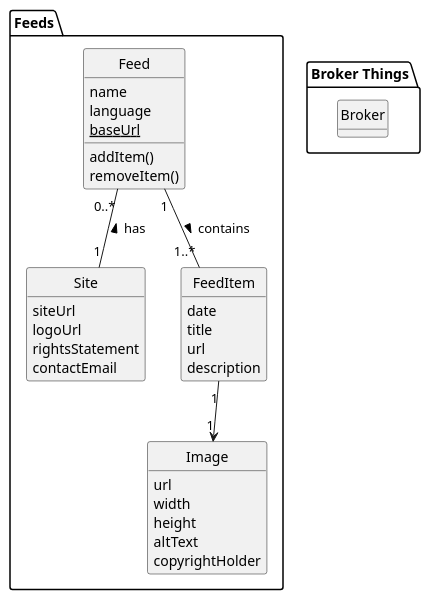
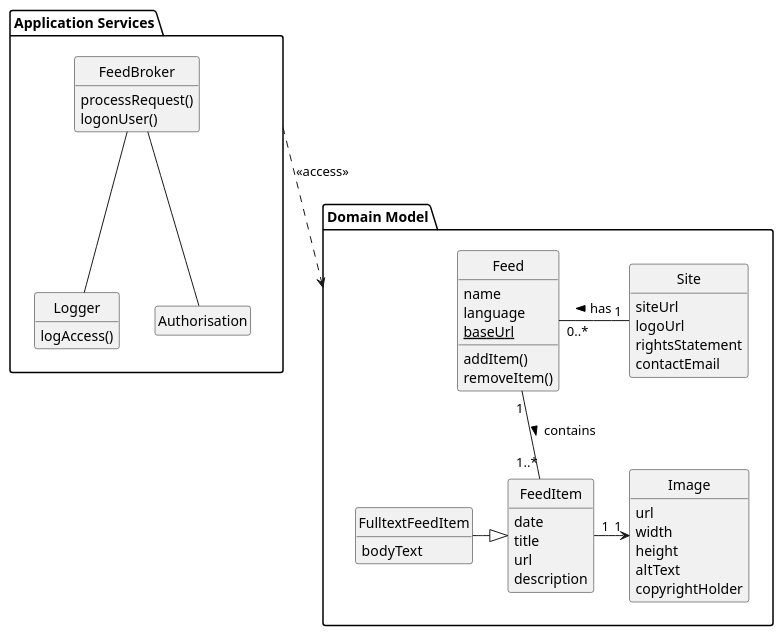
Before and after one commit to jamesdonoh/systemsdesign: the diagram in analysis-classes.pu, drawn with PlantUML. The commit also changed 1 other file, not shown here.

```diff
--- a/analysis-classes.pu
+++ b/analysis-classes.pu
@@ -1,48 +1,69 @@
 @startuml
 
 skinparam monochrome true
 
-package Feeds {
+package "Domain Model" as model {
     class Feed {
         name
         language
         {static} baseUrl
         addItem()
         removeItem()
     }
 
     class Site {
         siteUrl
         logoUrl
         rightsStatement
         contactEmail
     }
 
     class FeedItem {
         date
         title
         url
         description
     }
 
+    class FulltextFeedItem {
+        bodyText
+    }
+
     class Image {
         url
         width
         height
         altText
         copyrightHolder
     }
 }
 
-package "Broker Things" {
-    class Broker
+package "Application Services" as services {
+    class FeedBroker {
+        processRequest()
+        logonUser()
+    }
+
+    class Logger {
+        logAccess()
+    }
+
+    class Authorisation
 }
 
-Feed "0..*" -- "1" Site : has <
+services ..> model: <<access>>
+
+Feed "0..*" - "1" Site : has <
 Feed "1" -- "1..*" FeedItem : contains >
-FeedItem "1" --> "1" Image
+FeedItem "1" -> "1" Image
+
+FulltextFeedItem -|> FeedItem
+
+FeedBroker -- Logger
+FeedBroker -- Authorisation
 
 hide circle
 hide empty methods
+hide empty attributes
 
 @enduml
```
